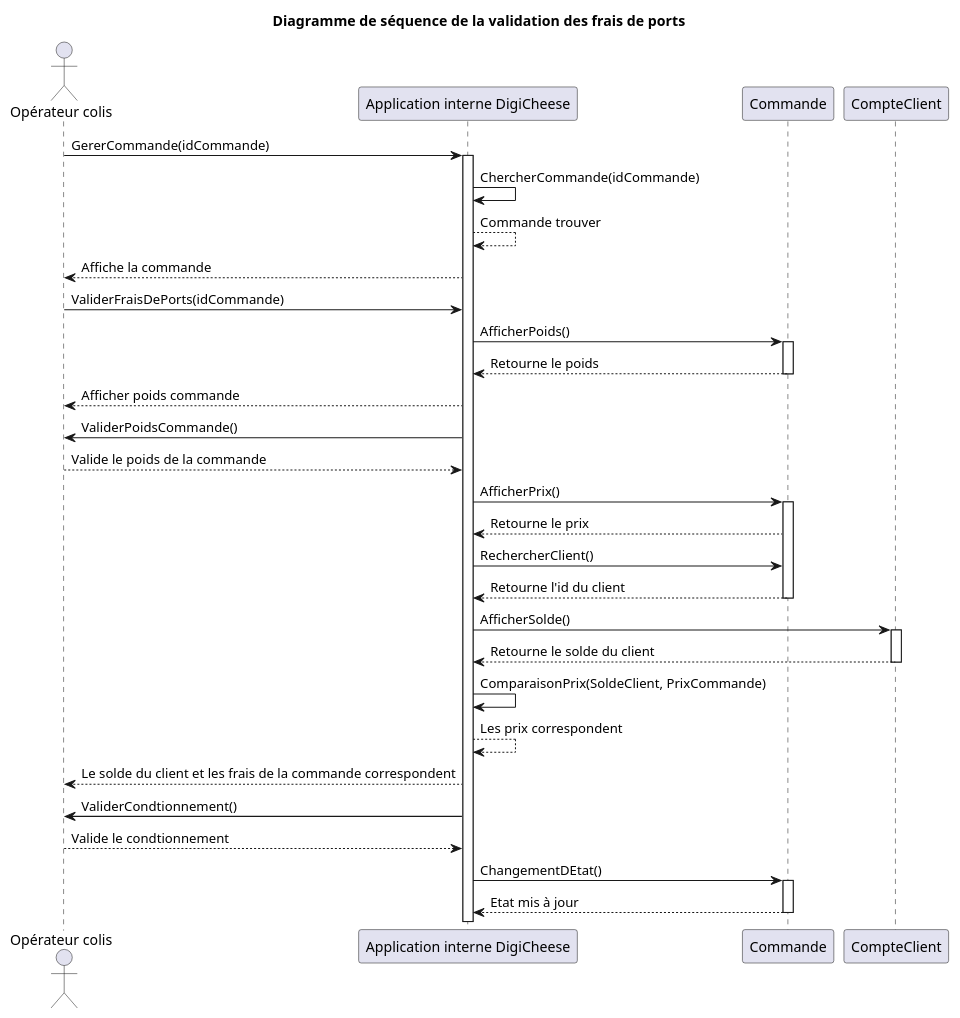
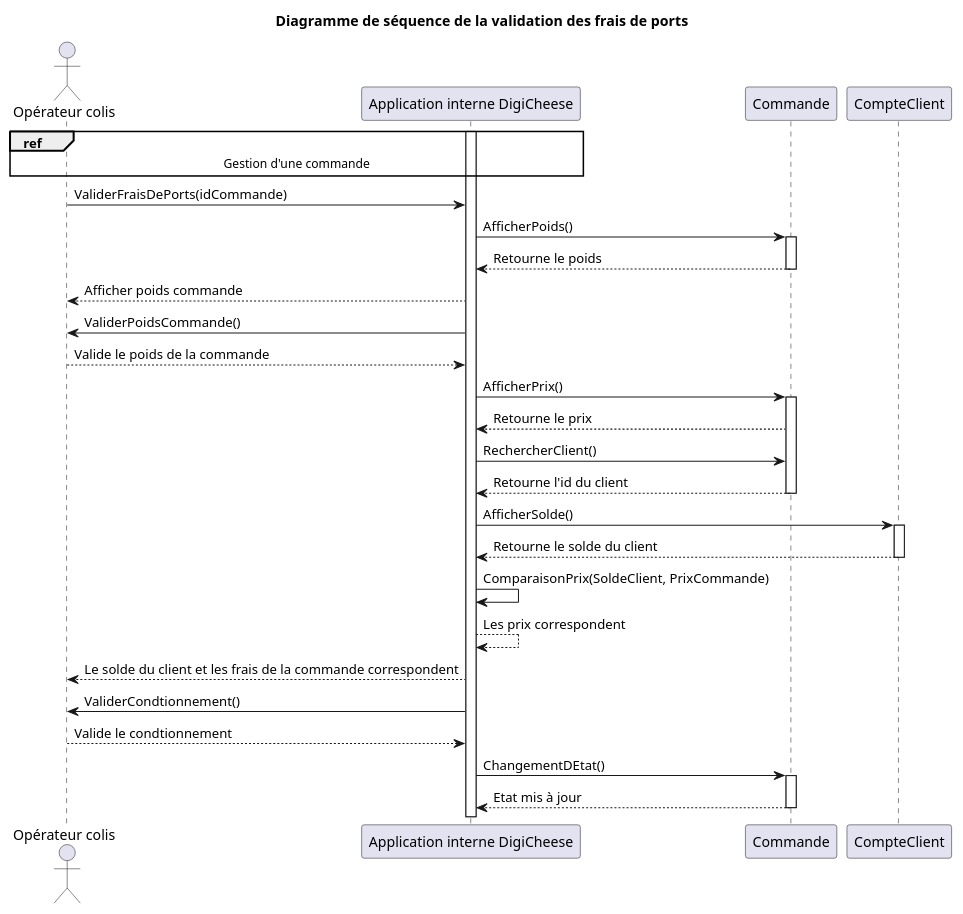
Before and after one commit to Bluwen/Conception_d_une_application_informatique: the diagram in Cas_séquence/DS_Validation_Du_Conditionnement_Fraisdeport.puml, drawn with PlantUML. The commit also changed 7 other files, not shown here.

Commit message:
Ajout de diagramme et modification de certains

```diff
--- a/Cas_séquence/DS_Validation_Du_Conditionnement_Fraisdeport.puml
+++ b/Cas_séquence/DS_Validation_Du_Conditionnement_Fraisdeport.puml
@@ -1,50 +1,53 @@
 @startuml validation frais de port/conditionnement
 
 actor "Opérateur colis"
 
-"Opérateur colis" -> "Application interne DigiCheese" : GererCommande(idCommande)
+'"Opérateur colis" -> "Application interne DigiCheese" : GererCommande(idCommande)
+'activate "Application interne DigiCheese"
+
+'"Application interne DigiCheese" -> "Application interne DigiCheese" : ChercherCommande(idCommande)
+'"Application interne DigiCheese" --> "Application interne DigiCheese" : Commande trouver
+'"Application interne DigiCheese" --> "Opérateur colis" : Affiche la commande
+ref over "Opérateur colis", "Application interne DigiCheese": Gestion d'une commande
 activate "Application interne DigiCheese"
 
-"Application interne DigiCheese" -> "Application interne DigiCheese" : ChercherCommande(idCommande)
-"Application interne DigiCheese" --> "Application interne DigiCheese" : Commande trouver
-"Application interne DigiCheese" --> "Opérateur colis" : Affiche la commande
 
 "Opérateur colis" -> "Application interne DigiCheese" : ValiderFraisDePorts(idCommande)
 
 "Application interne DigiCheese" -> Commande : AfficherPoids()
 activate Commande
 Commande --> "Application interne DigiCheese" : Retourne le poids
 deactivate Commande
 
 "Application interne DigiCheese" --> "Opérateur colis" : Afficher poids commande
 "Application interne DigiCheese" -> "Opérateur colis" : ValiderPoidsCommande()
 "Opérateur colis" --> "Application interne DigiCheese" : Valide le poids de la commande
 
 "Application interne DigiCheese" -> Commande : AfficherPrix()
 activate Commande
 Commande --> "Application interne DigiCheese" : Retourne le prix
 
 "Application interne DigiCheese" -> Commande : RechercherClient()
 Commande --> "Application interne DigiCheese" : Retourne l'id du client
 deactivate Commande
 
 "Application interne DigiCheese" -> CompteClient : AfficherSolde()
 activate CompteClient
 CompteClient --> "Application interne DigiCheese" : Retourne le solde du client
 deactivate CompteClient
 
 "Application interne DigiCheese" -> "Application interne DigiCheese" : ComparaisonPrix(SoldeClient, PrixCommande)
 "Application interne DigiCheese" --> "Application interne DigiCheese" : Les prix correspondent
 "Application interne DigiCheese" --> "Opérateur colis" : Le solde du client et les frais de la commande correspondent
 
 "Application interne DigiCheese" -> "Opérateur colis" : ValiderCondtionnement()
 "Opérateur colis" --> "Application interne DigiCheese" : Valide le condtionnement
 
 "Application interne DigiCheese" -> Commande : ChangementDEtat()
 activate Commande
 Commande --> "Application interne DigiCheese" : Etat mis à jour
 deactivate Commande
 
 
 title Diagramme de séquence de la validation des frais de ports
 @enduml
```
